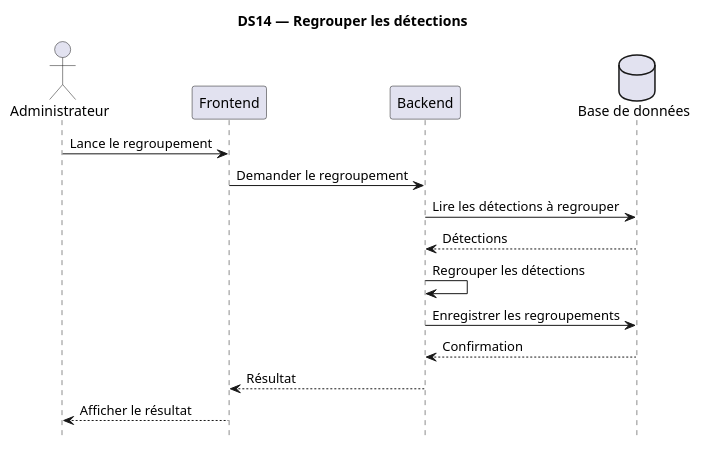
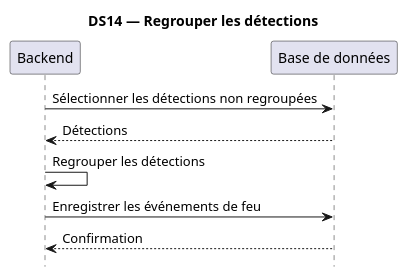
One commit to TkAbeleon/NoteAcemiqueProjetSoutenanceL3 changed the diagram in UML_JeryMotro/DS14_Regrouper_detections.plantuml. Above: the diagram before and after it, drawn with PlantUML.

Commit message:
Aligner DS14 sur le regroupement automatique après scoring

```diff
--- a/UML_JeryMotro/DS14_Regrouper_detections.plantuml
+++ b/UML_JeryMotro/DS14_Regrouper_detections.plantuml
@@ -1,22 +1,16 @@
 @startuml
 
 title DS14 — Regrouper les détections
 hide footbox
 skinparam shadowing false
 
-actor "Administrateur" as A
-participant "Frontend" as F
 participant "Backend" as B
-database "Base de données" as DB
+participant "Base de données" as DB
 
-A -> F : Lance le regroupement
-F -> B : Demander le regroupement
-B -> DB : Lire les détections à regrouper
+B -> DB : Sélectionner les détections non regroupées
 DB --> B : Détections
 B -> B : Regrouper les détections
-B -> DB : Enregistrer les regroupements
+B -> DB : Enregistrer les événements de feu
 DB --> B : Confirmation
-B --> F : Résultat
-F --> A : Afficher le résultat
 
 @enduml
```
